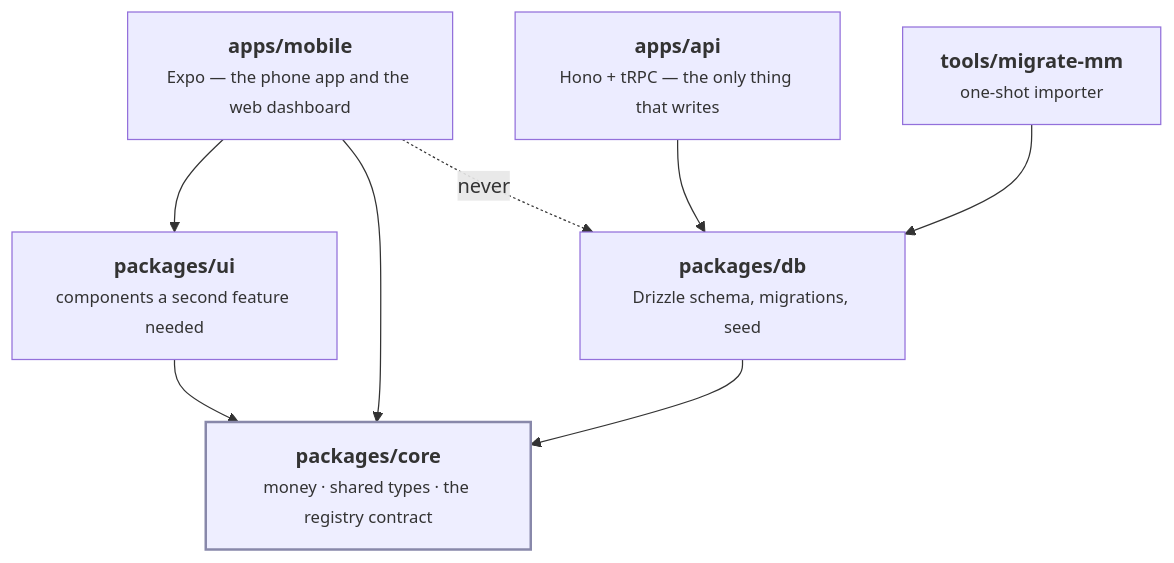
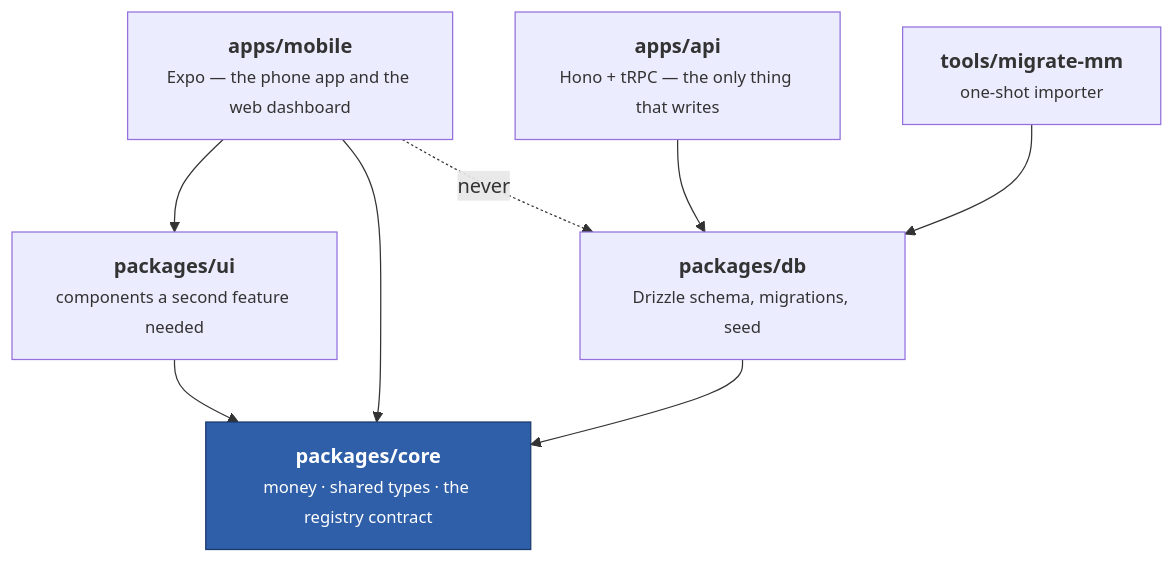
Before and after one commit to VoltLightning/waltning: the first of 4 diagrams in docs/wiki/Architecture-Map.md, drawn with Mermaid. The commit also changed 5 other files, not shown here.

````diff
--- a/docs/wiki/Architecture-Map.md
+++ b/docs/wiki/Architecture-Map.md
@@ -39,21 +39,21 @@
 ```mermaid
 graph TB
     MOBILE["<b>apps/mobile</b><br/><small>Expo — the phone app and the web dashboard</small>"]
     API["<b>apps/api</b><br/><small>Hono + tRPC — the only thing that writes</small>"]
     UI["<b>packages/ui</b><br/><small>components a second feature needed</small>"]
     DB["<b>packages/db</b><br/><small>Drizzle schema, migrations, seed</small>"]
     CORE["<b>packages/core</b><br/><small>money · shared types · the registry contract</small>"]
     MM["<b>tools/migrate-mm</b><br/><small>one-shot importer</small>"]
 
     MOBILE --> UI
     MOBILE --> CORE
     API --> DB
     MM --> DB
     UI --> CORE
     DB --> CORE
 
     MOBILE -.->|"never"| DB
 
-    classDef floor fill:#eef,stroke:#88a,stroke-width:2px
+    classDef floor fill:#2f5fa8,stroke:#1a3a6b,color:#fff
     class CORE floor
 ```
````
